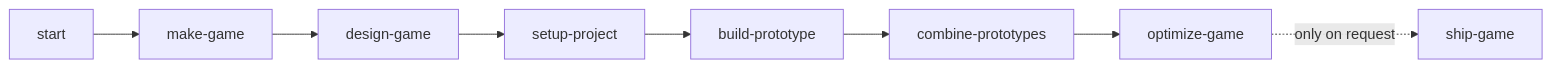
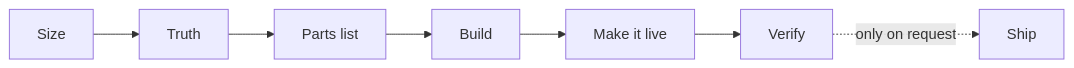
One commit to btn0s/blacksite changed the diagram in README.md. Above: the diagram before and after it, drawn with Mermaid. The commit also changed other lines of this file and 68 other files, not shown here.

````diff
--- a/README.md
+++ b/README.md
@@ -36,10 +34,9 @@
 ```mermaid
 flowchart LR
-  A[start] --> B[make-game]
-  B --> C[design-game]
-  C --> D[setup-project]
-  D --> E[build-prototype]
-  E --> F[combine-prototypes]
-  F --> G[optimize-game]
-  G -. only on request .-> H[ship-game]
+  A[Size] --> B[Truth]
+  B --> C[Parts list]
+  C --> D[Build]
+  D --> E[Make it live]
+  E --> F[Verify]
+  F -. only on request .-> G[Ship]
 ```
````
